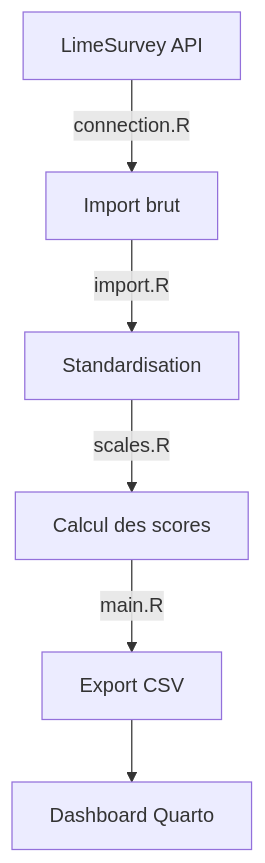
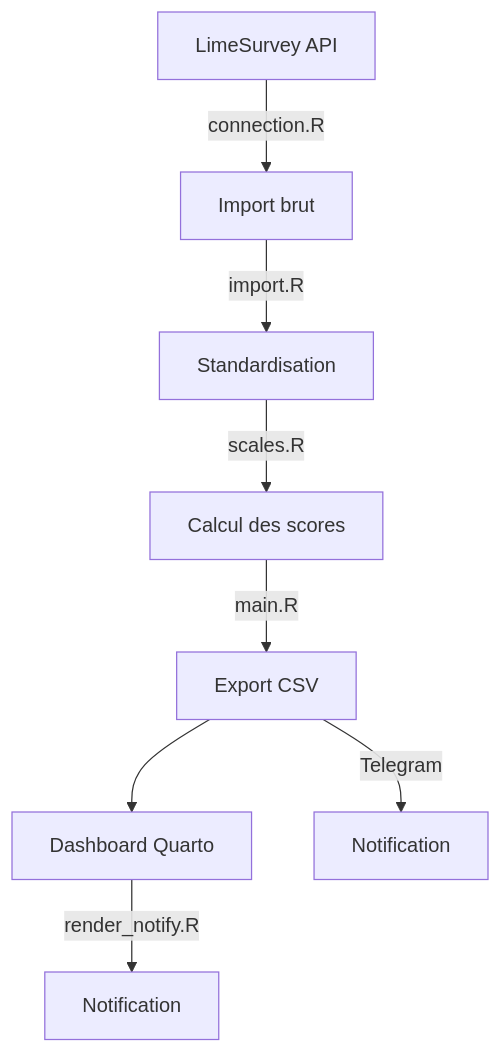
The first of 2 diagrams in readme.md (bresnico/macro-dashboard), drawn with Mermaid before and after one commit. The commit also changed other lines of this file and 1 other file, not shown here.

````diff
--- a/readme.md
+++ b/readme.md
@@ -117,8 +123,10 @@
 ```mermaid
 flowchart TD
     A[LimeSurvey API] -->|connection.R| B[Import brut]
     B -->|import.R| C[Standardisation]
     C -->|scales.R| D[Calcul des scores]
     D -->|main.R| E[Export CSV]
     E --> F[Dashboard Quarto]
+    E -->|Telegram| G[Notification]
+    F -->|render_notify.R| H[Notification]
 ```
````
